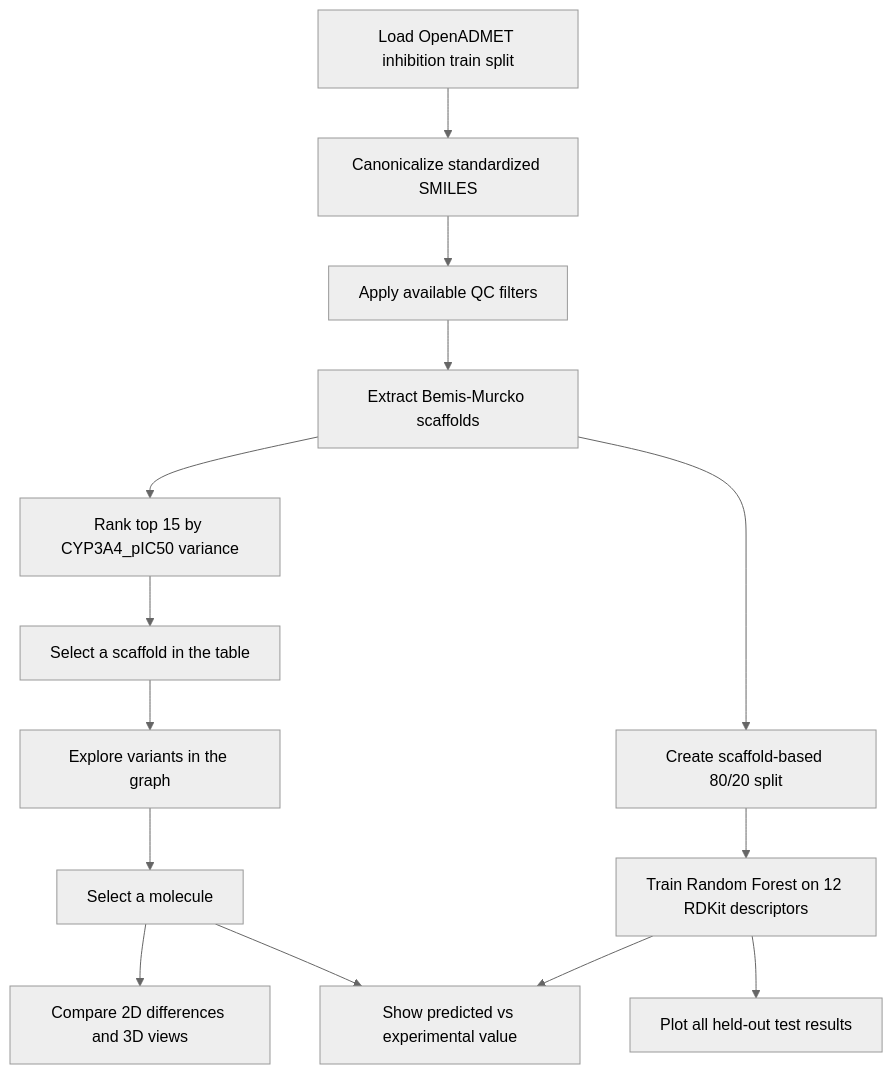
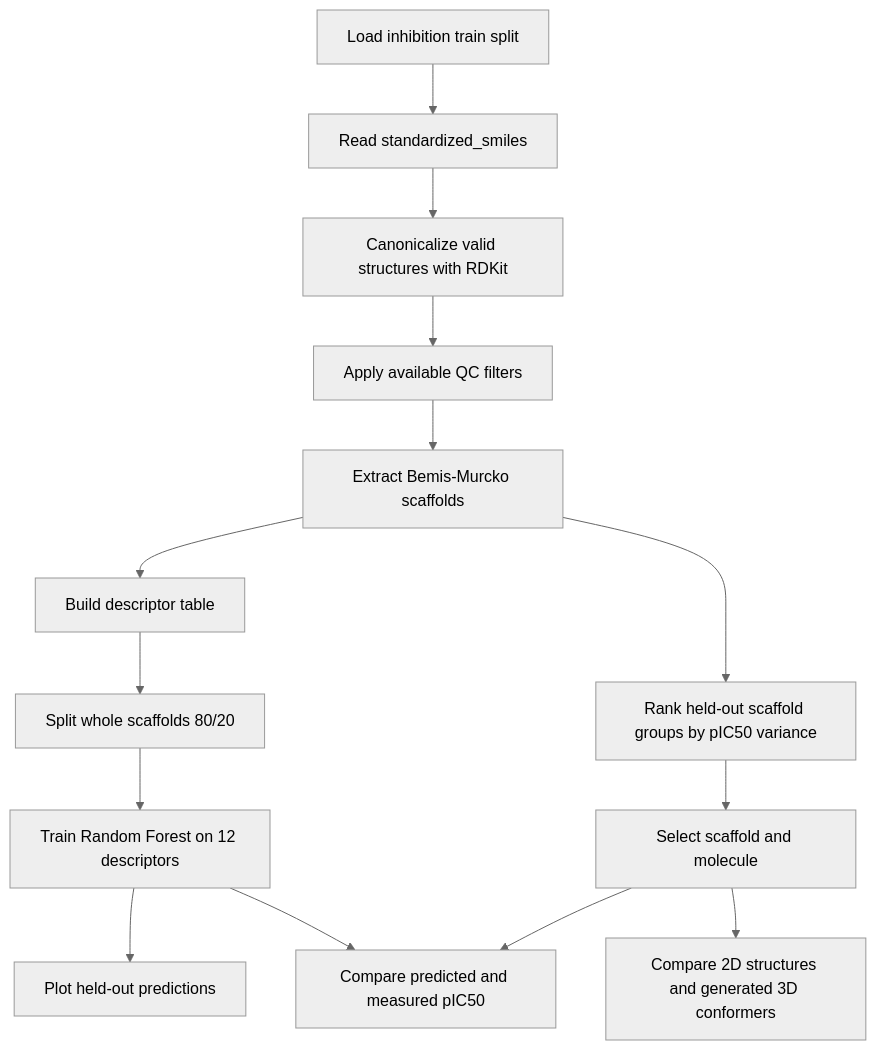
One commit to Mohit5Upadhyay/cyp-activity-cliff-explorer-molab changed the diagram in README.md. Above: the diagram before and after it, drawn with Mermaid (neutral theme). The commit also changed other lines of this file and 10 other files, not shown here.

````diff
--- a/README.md
+++ b/README.md
@@ -48,16 +54,16 @@
 ```mermaid
 flowchart TD
-    A[Load OpenADMET inhibition train split] --> B[Canonicalize standardized SMILES]
-    B --> C[Apply available QC filters]
-    C --> D[Extract Bemis-Murcko scaffolds]
-    D --> E[Rank top 15 by CYP3A4_pIC50 variance]
-    E --> F[Select a scaffold in the table]
-    F --> G[Explore variants in the graph]
-    G --> H[Select a molecule]
-    H --> I[Compare 2D differences and 3D views]
-    H --> J[Show predicted vs experimental value]
-    D --> K[Create scaffold-based 80/20 split]
-    K --> L[Train Random Forest on 12 RDKit descriptors]
-    L --> J
-    L --> M[Plot all held-out test results]
+    A[Load inhibition train split] --> B[Read standardized_smiles]
+    B --> C[Canonicalize valid structures with RDKit]
+    C --> D[Apply available QC filters]
+    D --> E[Extract Bemis-Murcko scaffolds]
+    E --> F[Build descriptor table]
+    F --> G[Split whole scaffolds 80/20]
+    G --> H[Train Random Forest on 12 descriptors]
+    E --> I[Rank held-out scaffold groups by pIC50 variance]
+    I --> J[Select scaffold and molecule]
+    J --> K[Compare 2D structures and generated 3D conformers]
+    J --> L[Compare predicted and measured pIC50]
+    H --> L
+    H --> M[Plot held-out predictions]
 ```
````
